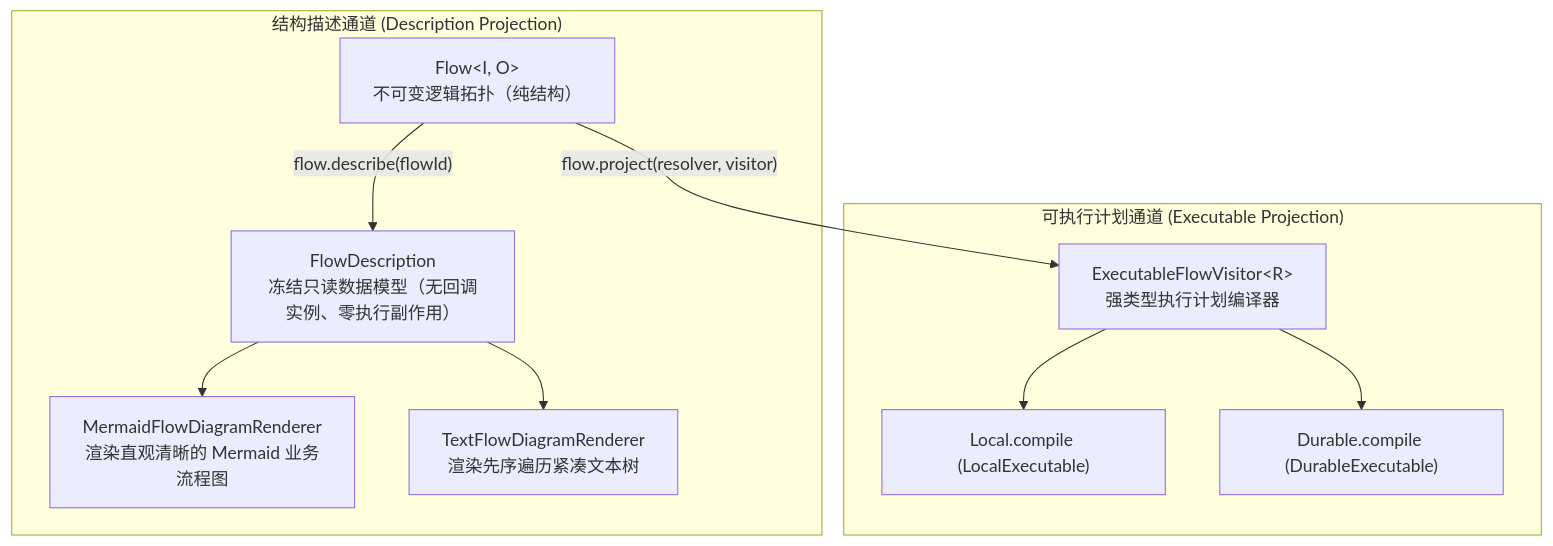
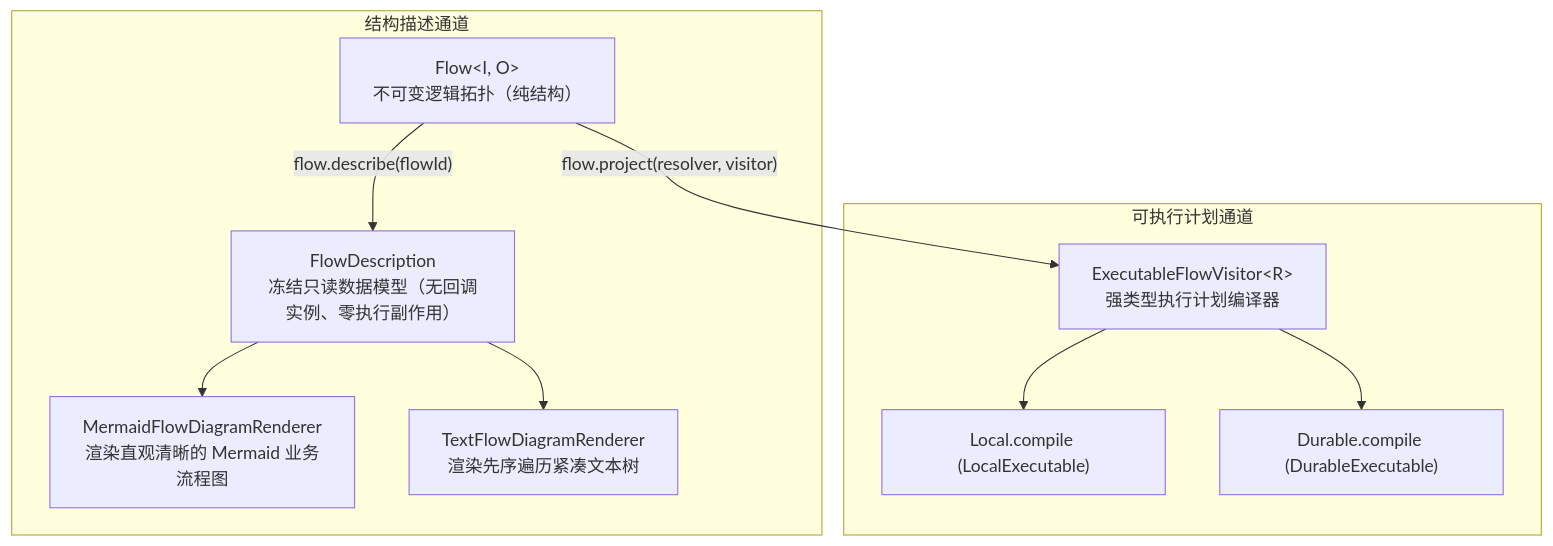
One commit to team4u/team4u-framework changed the first of 2 diagrams in docs/flow/flow-diagram.md. Above: the diagram before and after it, drawn with Mermaid. The commit also changed other lines of this file and 142 other files, not shown here.

````diff
--- a/docs/flow/flow-diagram.md
+++ b/docs/flow/flow-diagram.md
@@ -24,16 +24,16 @@
 ```mermaid
 graph TD
     F["Flow&lt;I, O&gt;<br/>不可变逻辑拓扑（纯结构）"]
     
-    subgraph "结构描述通道 (Description Projection)"
+    subgraph "结构描述通道"
         F -->|"flow.describe(flowId)"| FD["FlowDescription<br/>冻结只读数据模型（无回调实例、零执行副作用）"]
         FD --> MM["MermaidFlowDiagramRenderer<br/>渲染直观清晰的 Mermaid 业务流程图"]
         FD --> TX["TextFlowDiagramRenderer<br/>渲染先序遍历紧凑文本树"]
     end
 
-    subgraph "可执行计划通道 (Executable Projection)"
+    subgraph "可执行计划通道"
         F -->|"flow.project(resolver, visitor)"| PE["ExecutableFlowVisitor&lt;R&gt;<br/>强类型执行计划编译器"]
         PE --> L["Local.compile (LocalExecutable)"]
         PE --> D["Durable.compile (DurableExecutable)"]
     end
 ```
````
